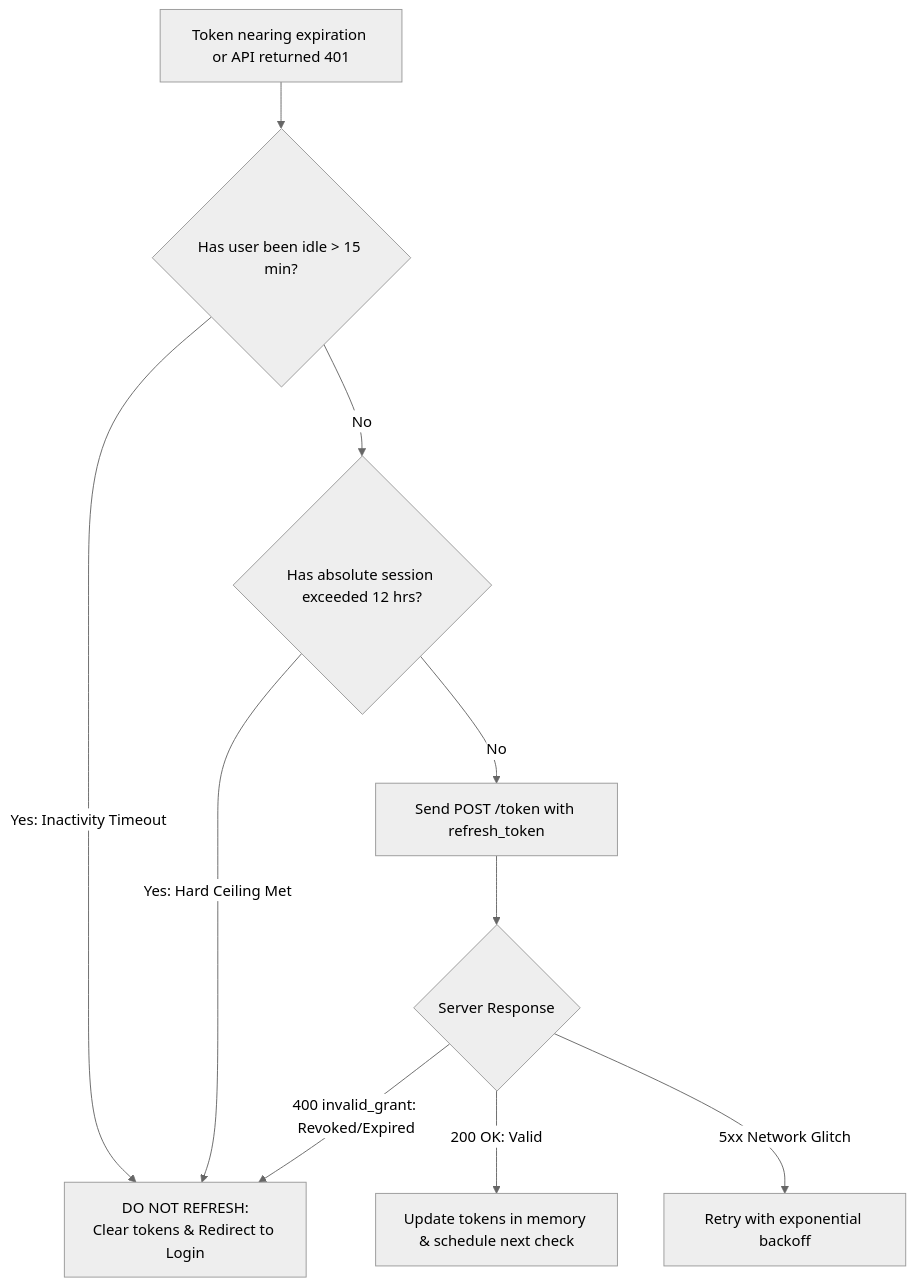
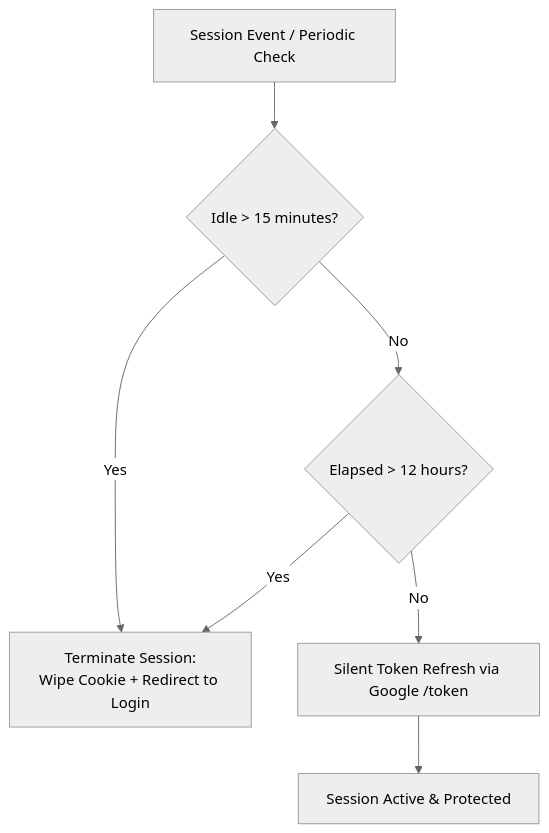
One commit to Kenono2000/enterprise-rag-pgvector-rbac changed the second of 3 diagrams in project_technical_guide.md. Above: the diagram before and after it, drawn with Mermaid (neutral theme). The commit also changed other lines of this file and 2 other files, not shown here.

````diff
--- a/project_technical_guide.md
+++ b/project_technical_guide.md
@@ -600,15 +176,9 @@
 ```mermaid
 flowchart TD
-    Start[Token nearing expiration or API returned 401] --> CheckIdle{Has user been idle > 15 min?}
-    
-    CheckIdle -->|Yes: Inactivity Timeout| Terminate[DO NOT REFRESH:<br/>Clear tokens & Redirect to Login]
-    CheckIdle -->|No| CheckCeiling{Has absolute session exceeded 12 hrs?}
-    
-    CheckCeiling -->|Yes: Hard Ceiling Met| Terminate
-    CheckCeiling -->|No| Attempt[Send POST /token with refresh_token]
-    
-    Attempt --> Resp{Server Response}
-    Resp -->|200 OK: Valid| Update[Update tokens in memory & schedule next check]
-    Resp -->|400 invalid_grant: Revoked/Expired| Terminate
-    Resp -->|5xx Network Glitch| Retry[Retry with exponential backoff]
+    Check[Session Event / Periodic Check] --> Idle{Idle > 15 minutes?}
+    Idle -->|Yes| Terminate[Terminate Session:<br/>Wipe Cookie + Redirect to Login]
+    Idle -->|No| Ceiling{Elapsed > 12 hours?}
+    Ceiling -->|Yes| Terminate
+    Ceiling -->|No| Refresh[Silent Token Refresh via Google /token]
+    Refresh --> OK[Session Active & Protected]
 ```
````
